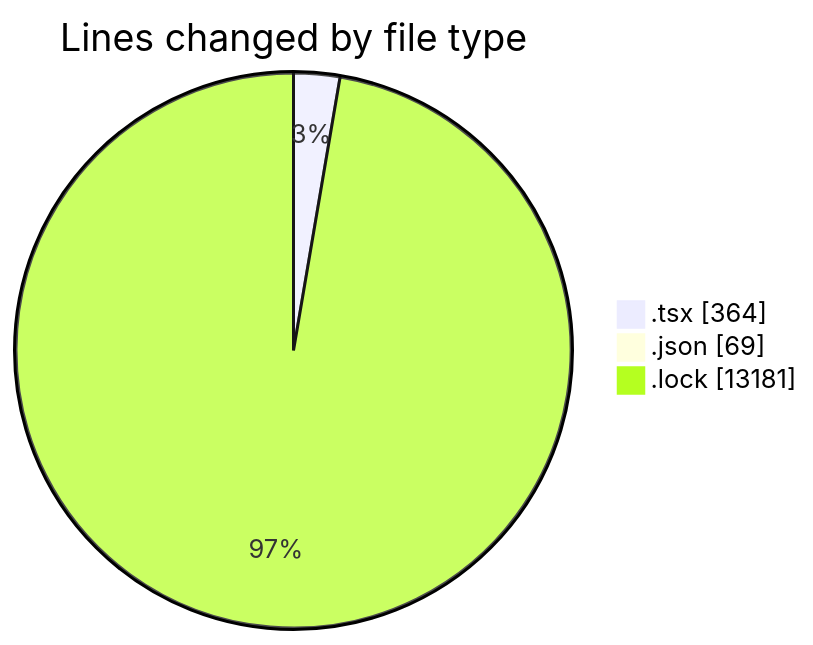
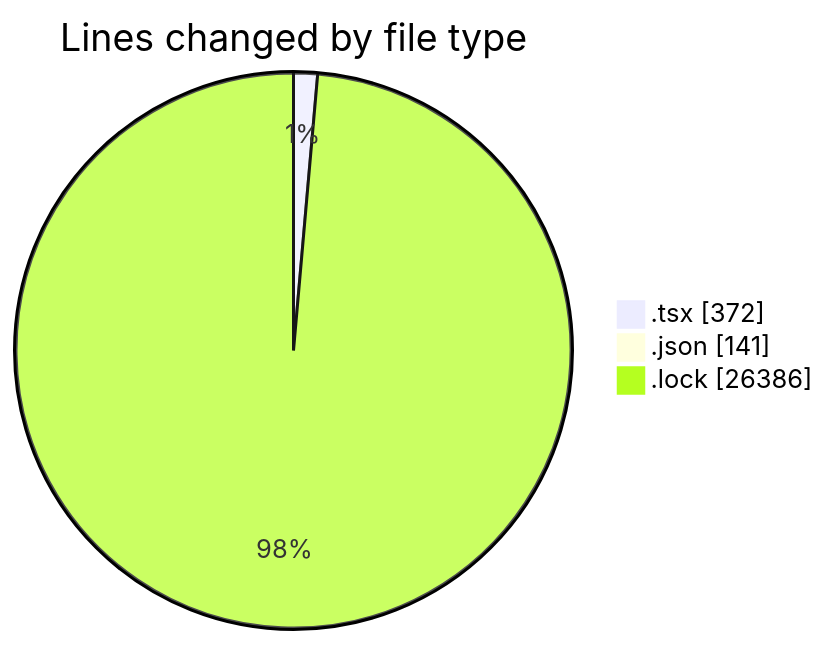
The first of 2 diagrams in 2025-03-10/cda/README.md (momahboobian/code-tracking), drawn with Mermaid before and after one commit. The commit also changed other lines of this file and 1 other file, not shown here.

````diff
--- a/2025-03-10/cda/README.md
+++ b/2025-03-10/cda/README.md
@@ -23,7 +25,7 @@
 ```mermaid
 pie showData
 title Lines changed by file type
-".tsx" : 364
-".json" : 69
-".lock" : 13181
+".tsx" : 372
+".json" : 141
+".lock" : 26386
 ```
````
